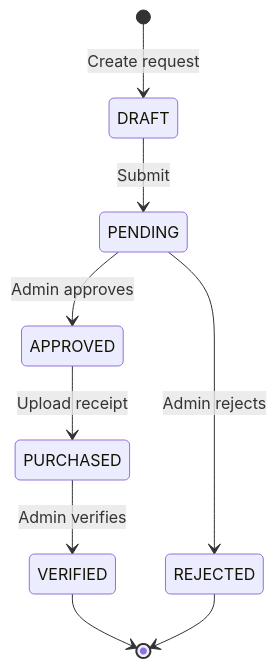
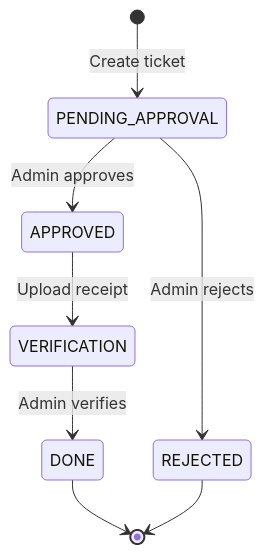
Before and after one commit to fandap42/uctenky-app: the sixth of 8 diagrams in docs/TECHNICAL_DOCUMENTATION.md, drawn with Mermaid. The commit also changed other lines of this file and 3 other files, not shown here.

````diff
--- a/docs/TECHNICAL_DOCUMENTATION.md
+++ b/docs/TECHNICAL_DOCUMENTATION.md
@@ -391,11 +477,10 @@
 ```mermaid
 stateDiagram-v2
-    [*] --> DRAFT: Create request
-    DRAFT --> PENDING: Submit
-    PENDING --> APPROVED: Admin approves
-    PENDING --> REJECTED: Admin rejects
-    APPROVED --> PURCHASED: Upload receipt
-    PURCHASED --> VERIFIED: Admin verifies
-    VERIFIED --> [*]
+    [*] --> PENDING_APPROVAL: Create ticket
+    PENDING_APPROVAL --> APPROVED: Admin approves
+    PENDING_APPROVAL --> REJECTED: Admin rejects
+    APPROVED --> VERIFICATION: Upload receipt
+    VERIFICATION --> DONE: Admin verifies
+    DONE --> [*]
     REJECTED --> [*]
 ```
````
